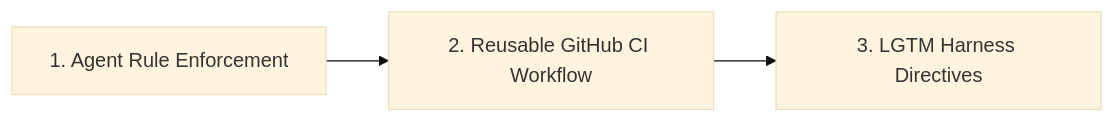
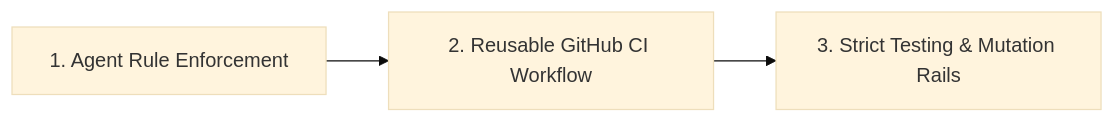
Before and after one commit to mgabs/spec-rails: the diagram in docs/DESIGN.md, drawn with Mermaid (base theme). The commit also changed other lines of this file and 12 other files, not shown here.

````diff
--- a/docs/DESIGN.md
+++ b/docs/DESIGN.md
@@ -8,5 +8,5 @@
 ```mermaid
 flowchart LR
     M1[1. Agent Rule Enforcement] --> M2[2. Reusable GitHub CI Workflow]
-    M2 --> M3[3. LGTM Harness Directives]
+    M2 --> M3[3. Strict Testing & Mutation Rails]
 ```
````
